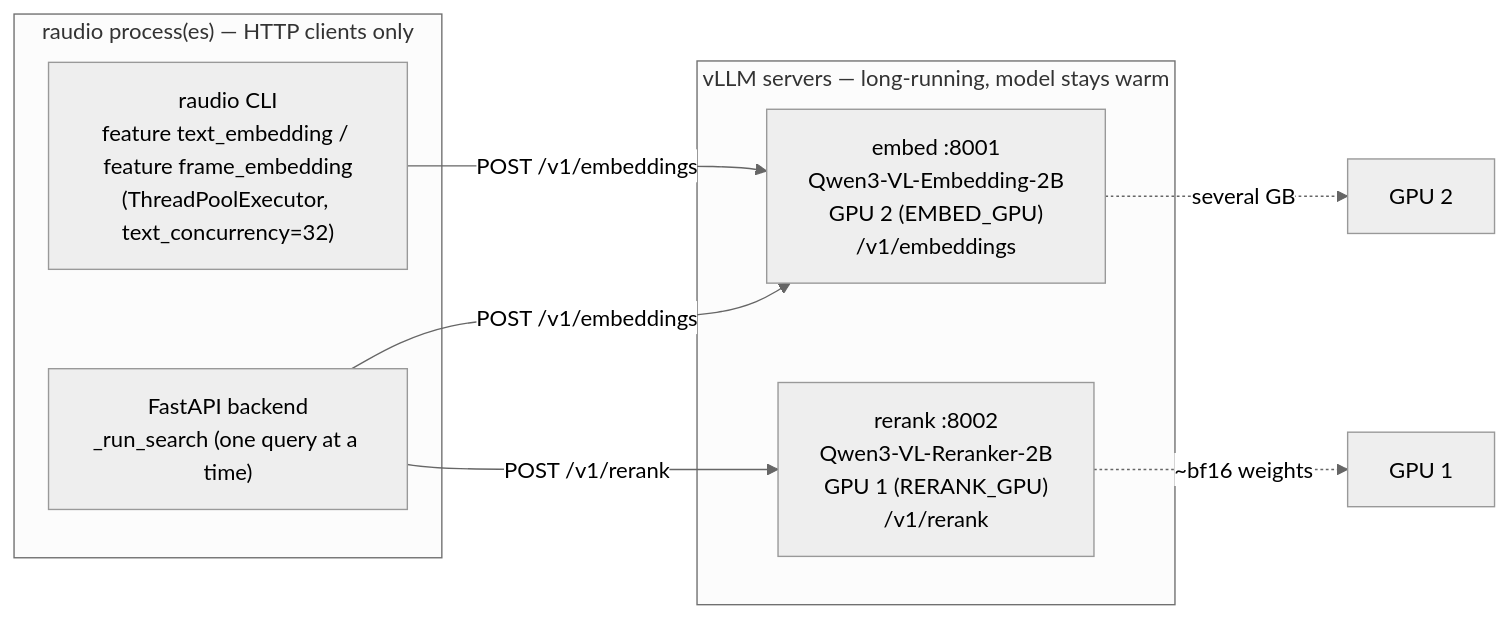
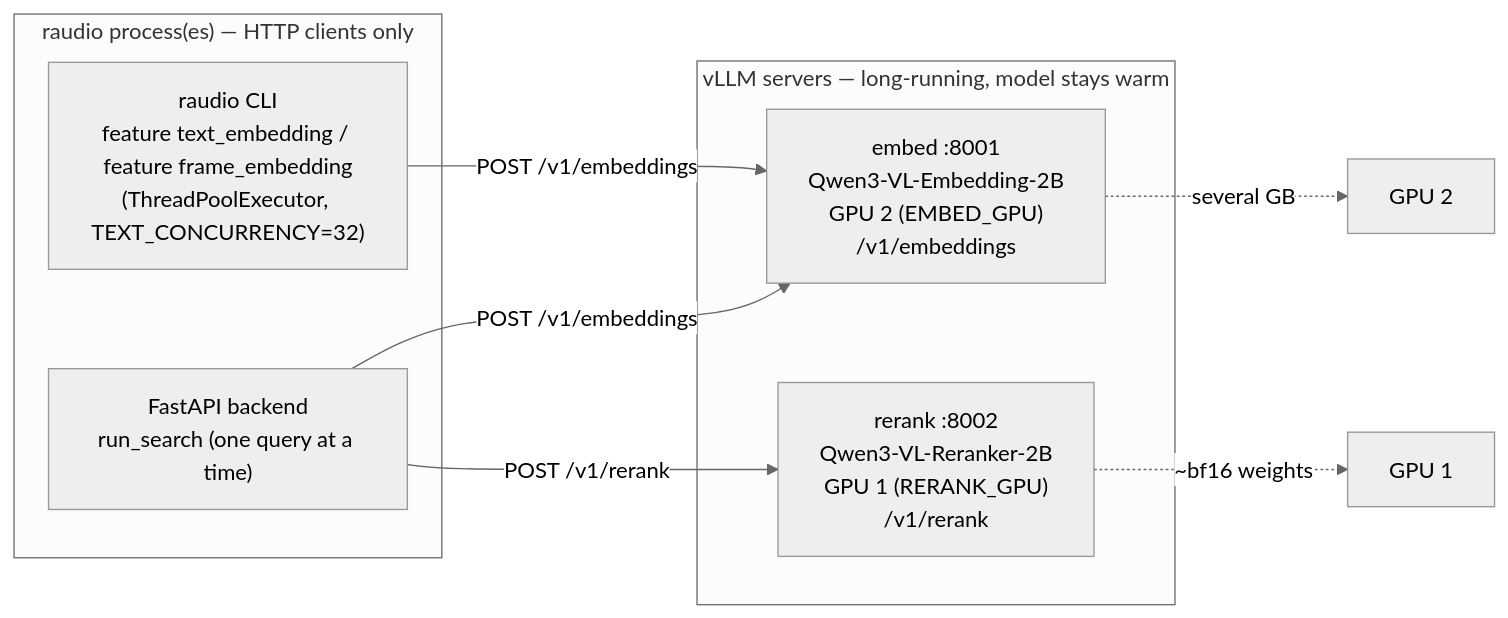
One commit to Borg93/lance-audio-demo changed the first of 5 diagrams in docs/EMBEDDINGS.md. Above: the diagram before and after it, drawn with Mermaid (neutral theme). The commit also changed other lines of this file and 17 other files, not shown here.

````diff
--- a/docs/EMBEDDINGS.md
+++ b/docs/EMBEDDINGS.md
@@ -68,19 +76,19 @@
 ```mermaid
 flowchart LR
     subgraph clients["raudio process(es) — HTTP clients only"]
-        CLI["raudio CLI<br/>feature text_embedding / feature frame_embedding<br/>(ThreadPoolExecutor, text_concurrency=32)"]
-        API["FastAPI backend<br/>_run_search (one query at a time)"]
+        CLI["raudio CLI<br/>feature text_embedding / feature frame_embedding<br/>(ThreadPoolExecutor, TEXT_CONCURRENCY=32)"]
+        API["FastAPI backend<br/>run_search (one query at a time)"]
     end
 
     subgraph servers["vLLM servers — long-running, model stays warm"]
         EMB["embed :8001<br/>Qwen3-VL-Embedding-2B<br/>GPU 2 (EMBED_GPU)<br/>/v1/embeddings"]
         RER["rerank :8002<br/>Qwen3-VL-Reranker-2B<br/>GPU 1 (RERANK_GPU)<br/>/v1/rerank"]
     end
 
     CLI -->|"POST /v1/embeddings"| EMB
     API -->|"POST /v1/embeddings"| EMB
     API -->|"POST /v1/rerank"| RER
 
     EMB -.->|"several GB"| GPU2["GPU 2"]
     RER -.->|"~bf16 weights"| GPU1["GPU 1"]
 ```
````
